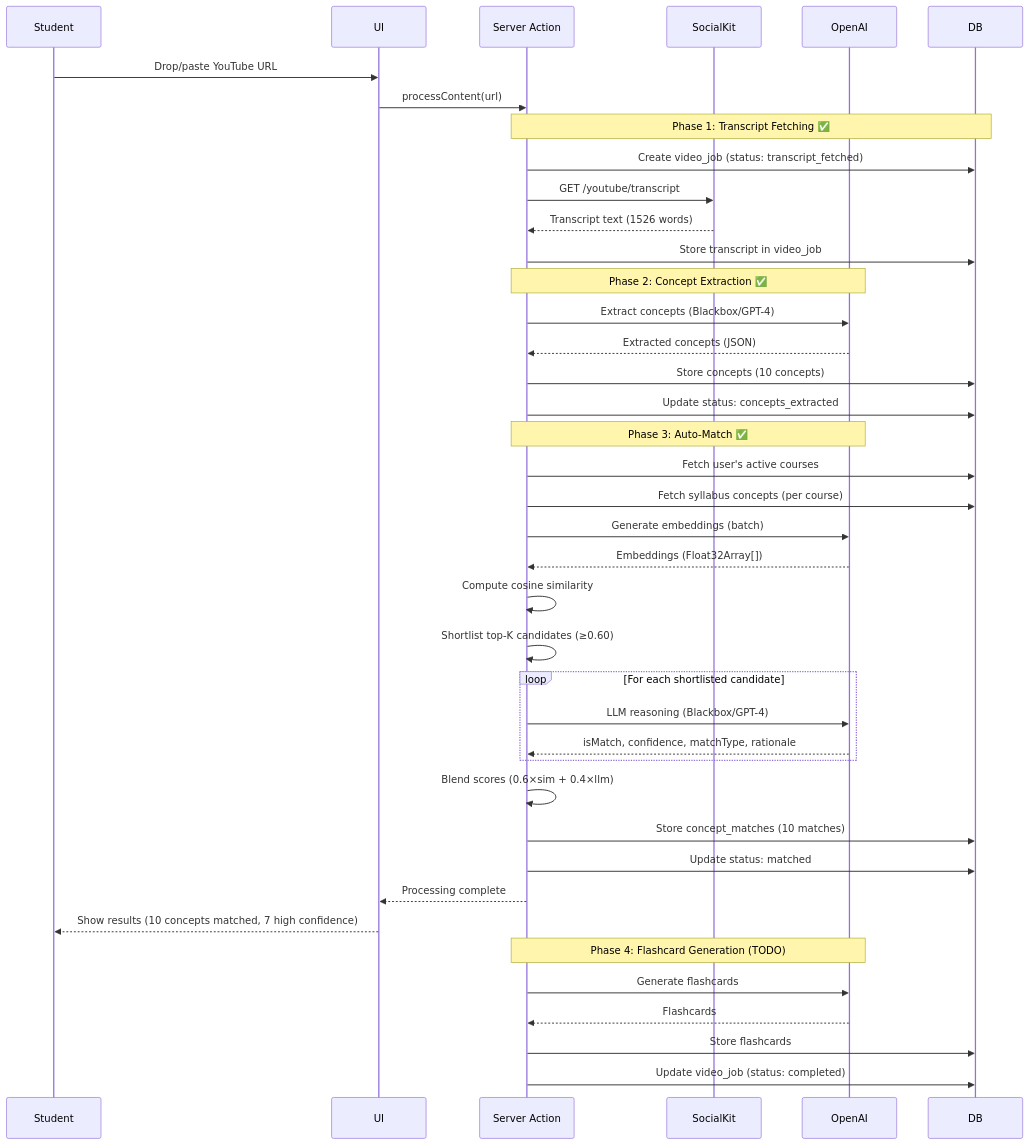
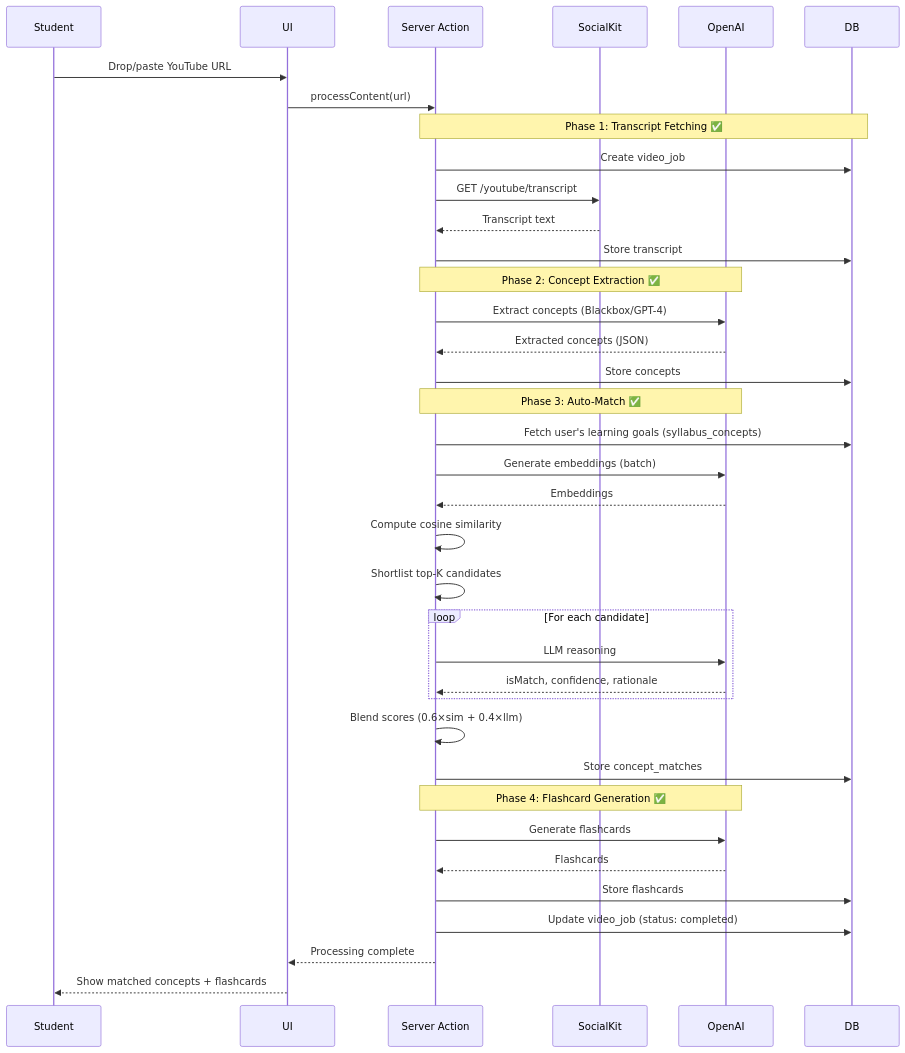
One commit to hugoganet/hack_the_gap changed the fourth of 4 diagrams in documentation_starter_pack/docs/architecture.md. Above: the diagram before and after it, drawn with Mermaid. The commit also changed other lines of this file and 18 other files, not shown here.

First line of the commit message:
docs: update project documentation and schema for knowledge tree migration

````diff
--- a/documentation_starter_pack/docs/architecture.md
+++ b/documentation_starter_pack/docs/architecture.md
@@ -266,49 +290,46 @@
 ```mermaid
 sequenceDiagram
     participant Student
     participant UI
     participant SA as Server Action
     participant SocialKit
     participant OpenAI
     participant DB
     
     Student->>UI: Drop/paste YouTube URL
     UI->>SA: processContent(url)
     
     Note over SA,DB: Phase 1: Transcript Fetching ✅
-    SA->>DB: Create video_job (status: transcript_fetched)
+    SA->>DB: Create video_job
     SA->>SocialKit: GET /youtube/transcript
-    SocialKit-->>SA: Transcript text (1526 words)
-    SA->>DB: Store transcript in video_job
+    SocialKit-->>SA: Transcript text
+    SA->>DB: Store transcript
     
     Note over SA,OpenAI: Phase 2: Concept Extraction ✅
     SA->>OpenAI: Extract concepts (Blackbox/GPT-4)
     OpenAI-->>SA: Extracted concepts (JSON)
-    SA->>DB: Store concepts (10 concepts)
-    SA->>DB: Update status: concepts_extracted
+    SA->>DB: Store concepts
     
     Note over SA,OpenAI: Phase 3: Auto-Match ✅
-    SA->>DB: Fetch user's active courses
-    SA->>DB: Fetch syllabus concepts (per course)
+    SA->>DB: Fetch user's learning goals (syllabus_concepts)
     SA->>OpenAI: Generate embeddings (batch)
-    OpenAI-->>SA: Embeddings (Float32Array[])
+    OpenAI-->>SA: Embeddings
     SA->>SA: Compute cosine similarity
-    SA->>SA: Shortlist top-K candidates (≥0.60)
+    SA->>SA: Shortlist top-K candidates
     
-    loop For each shortlisted candidate
-        SA->>OpenAI: LLM reasoning (Blackbox/GPT-4)
-        OpenAI-->>SA: isMatch, confidence, matchType, rationale
+    loop For each candidate
+        SA->>OpenAI: LLM reasoning
+        OpenAI-->>SA: isMatch, confidence, rationale
     end
     
     SA->>SA: Blend scores (0.6×sim + 0.4×llm)
-    SA->>DB: Store concept_matches (10 matches)
-    SA->>DB: Update status: matched
-    SA-->>UI: Processing complete
-    UI-->>Student: Show results (10 concepts matched, 7 high confidence)
+    SA->>DB: Store concept_matches
     
-    Note over SA,OpenAI: Phase 4: Flashcard Generation (TODO)
+    Note over SA,OpenAI: Phase 4: Flashcard Generation ✅
     SA->>OpenAI: Generate flashcards
     OpenAI-->>SA: Flashcards
     SA->>DB: Store flashcards
     SA->>DB: Update video_job (status: completed)
+    SA-->>UI: Processing complete
+    UI-->>Student: Show matched concepts + flashcards
 ```
````
